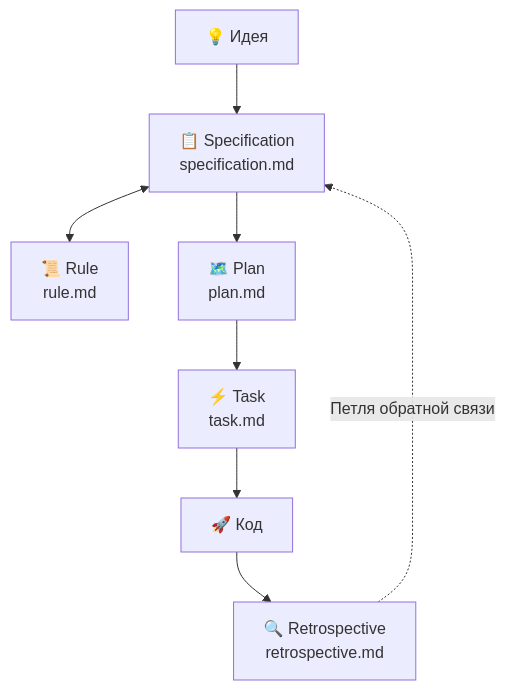
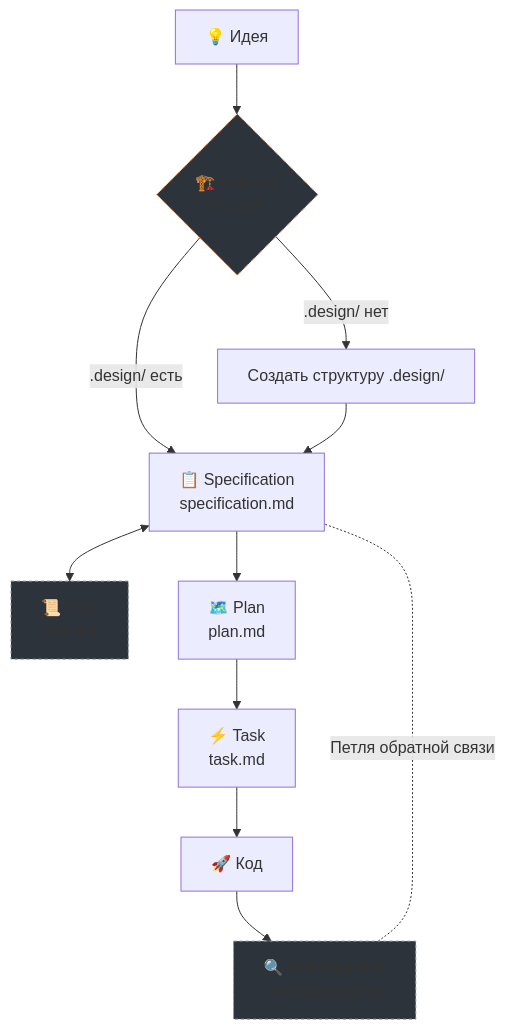
One commit to teratron/bevy-launchpad changed the first of 2 diagrams in .magic/README.ru.md. Above: the diagram before and after it, drawn with Mermaid. The commit also changed other lines of this file and 1 other file, not shown here.

````diff
--- a/.magic/README.ru.md
+++ b/.magic/README.ru.md
@@ -18,10 +18,16 @@
 ```mermaid
 graph TD
-    IDEA["💡 Идея"] --> SPEC
+    IDEA["💡 Идея"] --> INIT{"🏗️ Auto-Init<br/>init.md"}
+    INIT -->|.design/ есть| SPEC
+    INIT -->|.design/ нет| CREATE["Создать структуру .design/"] --> SPEC
     SPEC["📋 Specification<br/>specification.md"] <--> RULE["📜 Rule<br/>rule.md"]
     SPEC --> PLAN["🗺️ Plan<br/>plan.md"]
     PLAN --> TASK["⚡ Task<br/>task.md"]
     TASK --> CODE["🚀 Код"]
     CODE --> RETRO["🔍 Retrospective<br/>retrospective.md"]
-    RETRO -.->|Петля обратной связи| SPEC
+    RETRO -.-|Петля обратной связи| SPEC
+
+    style INIT fill:#2d333b,stroke:#f0883e,stroke-dasharray: 5 5
+    style RULE fill:#2d333b,stroke:#8b949e,stroke-dasharray: 3 3
+    style RETRO fill:#2d333b,stroke:#8b949e,stroke-dasharray: 3 3
 ```
````
